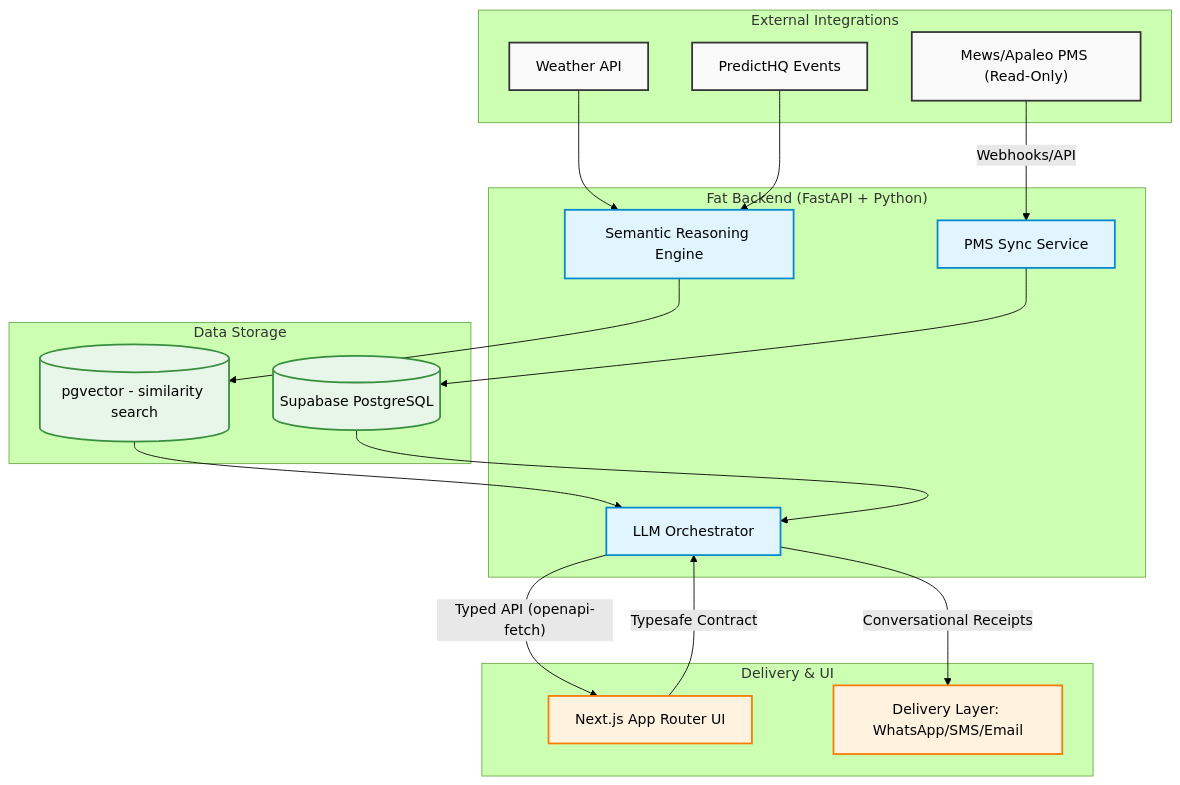
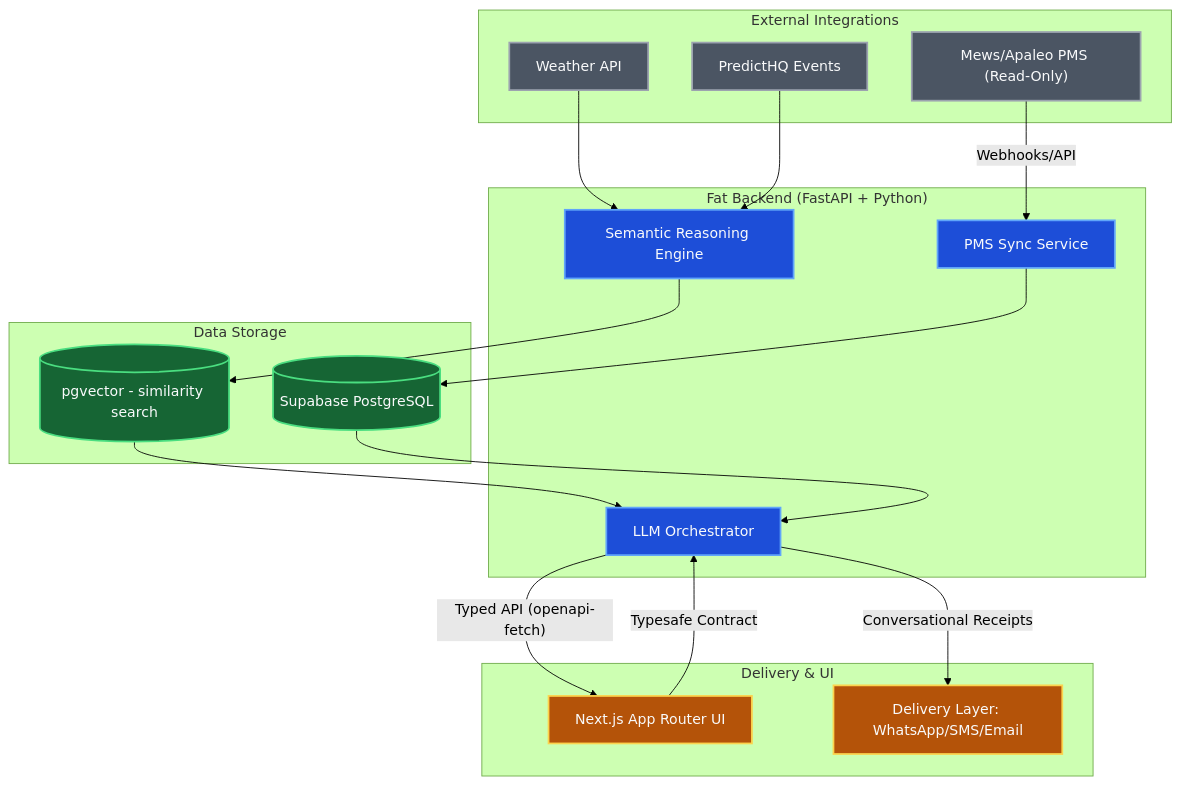
One commit to IvandeMurard/Hospitality-Operations-Agentic-AI-B2B changed the diagram in README.md. Above: the diagram before and after it, drawn with Mermaid (forest theme).

Commit message:
Fix Mermaid diagram contrast for dark mode
Replace pastel node fills (white text on near-white bg) with saturated
dark colors + explicit color:#F9FAFB so nodes are readable in both
GitHub light and dark themes.

https://claude.ai/code/session_01QyxT7tosiGbkZFkcy73Cv9

````diff
--- a/README.md
+++ b/README.md
@@ -59,52 +59,52 @@
 ```mermaid
 graph TD
     %% External Data Sources
     subgraph "External Integrations"
         PMS["Mews/Apaleo PMS (Read-Only)"]
         Weather[Weather API]
         Events[PredictHQ Events]
     end
 
     %% Backend Layer
     subgraph "Fat Backend (FastAPI + Python)"
         Sync[PMS Sync Service]
         Semantic[Semantic Reasoning Engine]
         RAG[LLM Orchestrator]
     end
 
     %% Database Layer
     subgraph "Data Storage"
         DB[(Supabase PostgreSQL)]
         Vector[(pgvector - similarity search)]
     end
 
     %% Delivery / Frontend
     subgraph "Delivery & UI"
         Frontend[Next.js App Router UI]
         Push[Delivery Layer: WhatsApp/SMS/Email]
     end
 
     %% Relationships
     PMS -- Webhooks/API --> Sync
     Weather --> Semantic
     Events --> Semantic
 
     Sync --> DB
     Semantic --> Vector
     Vector --> RAG
     DB --> RAG
 
     RAG -- Conversational Receipts --> Push
     RAG -- Typed API (openapi-fetch) --> Frontend
     Frontend -- Typesafe Contract --> RAG
 
-    classDef external fill:#f9f9f9,stroke:#333,stroke-width:2px;
-    classDef backend fill:#e1f5fe,stroke:#0288d1,stroke-width:2px;
-    classDef db fill:#e8f5e9,stroke:#388e3c,stroke-width:2px;
-    classDef delivery fill:#fff3e0,stroke:#f57c00,stroke-width:2px;
+    classDef external fill:#4B5563,stroke:#9CA3AF,stroke-width:2px,color:#F9FAFB;
+    classDef backend fill:#1D4ED8,stroke:#60A5FA,stroke-width:2px,color:#F9FAFB;
+    classDef db fill:#166534,stroke:#4ADE80,stroke-width:2px,color:#F9FAFB;
+    classDef delivery fill:#B45309,stroke:#FCD34D,stroke-width:2px,color:#F9FAFB;
 
     class PMS,Weather,Events external;
     class Sync,Semantic,RAG backend;
     class DB,Vector db;
     class Frontend,Push delivery;
 ```
````
